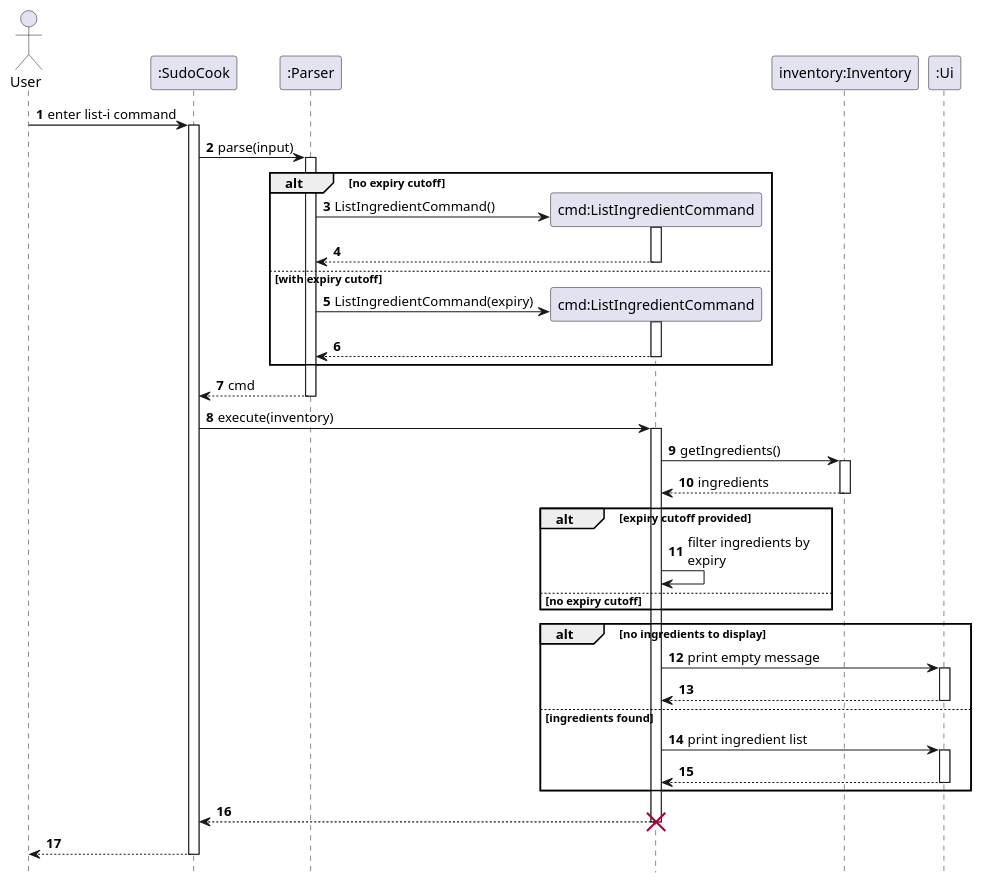
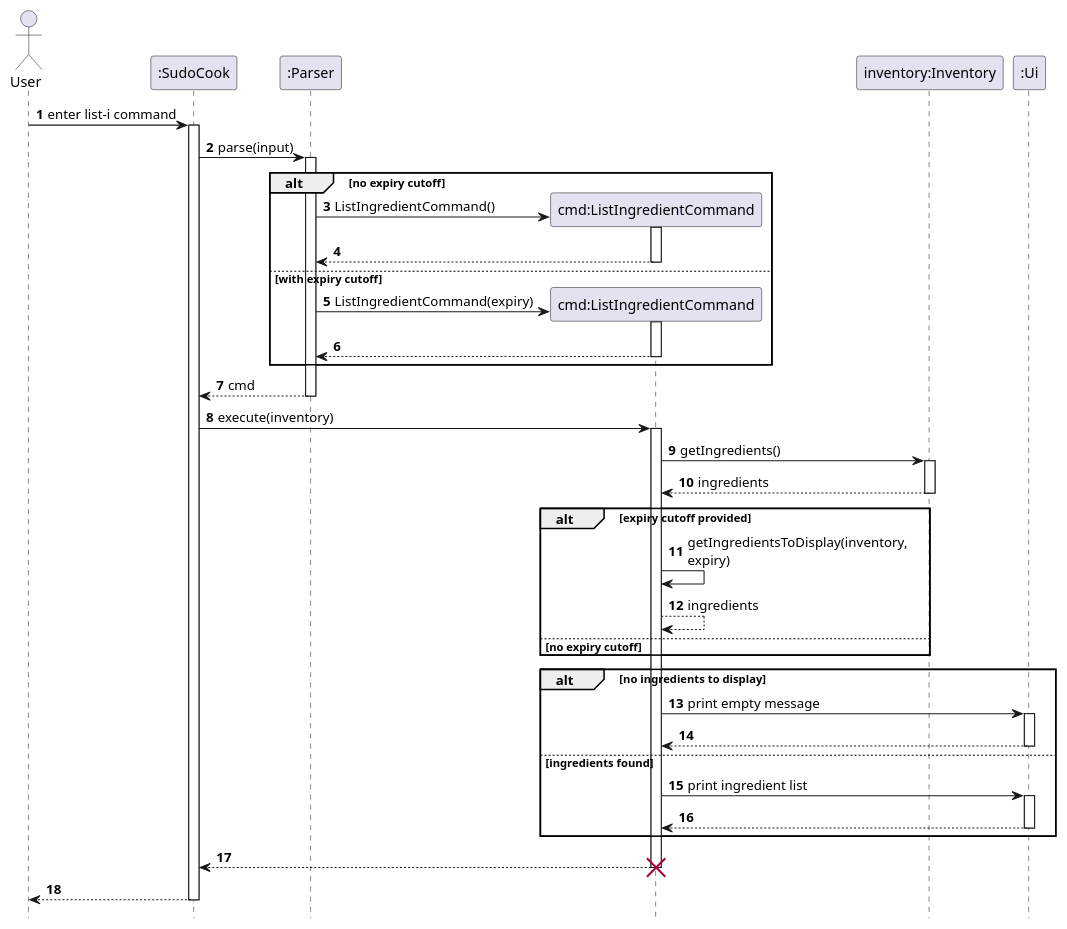
One commit to AY2526S2-CS2113-W13-2/tp changed the diagram in docs/team/ListIngredients.puml. Above: the diagram before and after it, drawn with PlantUML. The commit also changed 7 other files, not shown here.

```diff
--- a/docs/team/ListIngredients.puml
+++ b/docs/team/ListIngredients.puml
@@ -1,71 +1,72 @@
 @startuml
 'https://plantuml.com/sequence-diagram
 
 autonumber
 hide footbox
 
 skinparam MaxMessageSize 150
 
 actor User
 participant ":SudoCook" as SudoCook
 participant ":Parser" as Parser
 participant "cmd:ListIngredientCommand" as Cmd
 participant "inventory:Inventory" as Inventory
 participant ":Ui" as Ui
 
 User -> SudoCook : enter list-i command
 activate SudoCook
 
 SudoCook -> Parser : parse(input)
 activate Parser
 
 alt no expiry cutoff
     create Cmd
     Parser -> Cmd ** : ListIngredientCommand()
     activate Cmd
     Cmd --> Parser
     deactivate Cmd
 else with expiry cutoff
     create Cmd
     Parser -> Cmd ** : ListIngredientCommand(expiry)
     activate Cmd
     Cmd --> Parser
     deactivate Cmd
 end
 
 Parser --> SudoCook : cmd
 deactivate Parser
 
 SudoCook -> Cmd : execute(inventory)
 activate Cmd
 
 Cmd -> Inventory : getIngredients()
 activate Inventory
 Inventory --> Cmd : ingredients
 deactivate Inventory
 
 alt expiry cutoff provided
-    Cmd -> Cmd : filter ingredients by expiry
+    Cmd -> Cmd : getIngredientsToDisplay(inventory, expiry)
+    Cmd --> Cmd : ingredients
 else no expiry cutoff
 end
 
 alt no ingredients to display
     Cmd -> Ui : print empty message
     activate Ui
     Ui --> Cmd
     deactivate Ui
 else ingredients found
     Cmd -> Ui : print ingredient list
     activate Ui
     Ui --> Cmd
     deactivate Ui
 end
 
 SudoCook <-- Cmd
 deactivate Cmd
 destroy Cmd
 
 SudoCook --> User
 deactivate SudoCook
 
 @enduml
```
